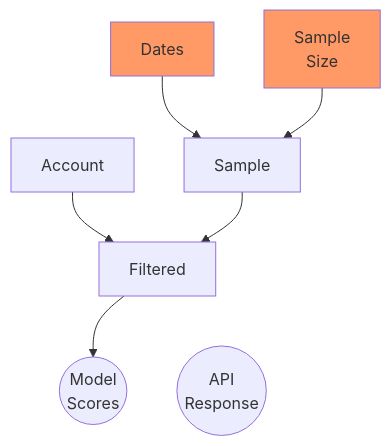
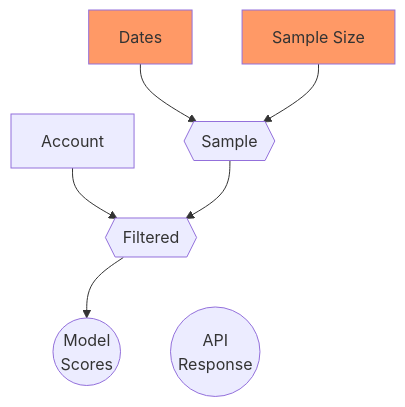
One commit to gshotwell/shiny-algorithm changed the sixth of 16 diagrams in _reactive-calc.qmd. Above: the diagram before and after it, drawn with Mermaid. The commit also changed other lines of this file, not shown here.

````diff
--- a/_reactive-calc.qmd
+++ b/_reactive-calc.qmd
@@ -79,13 +79,13 @@
 ```{mermaid}
 %%| fig-width: 4
 flowchart TD
-  D[Dates]:::changed  --> Sa[Sample]
-  S[Sample\nSize]:::changed  --> Sa
+  D[Dates]:::changed  --> Sa{{Sample}}
+  S[Sample Size]:::changed  --> Sa
   A[Account] --> F
-  Sa --> F[Filtered]
+  Sa --> F{{Filtered}}
   F --> P2((Model\nScores))
   F --> P1((API\nResponse))
   
   classDef changed fill:#f96
   linkStyle 5 display:none
 ```
````
